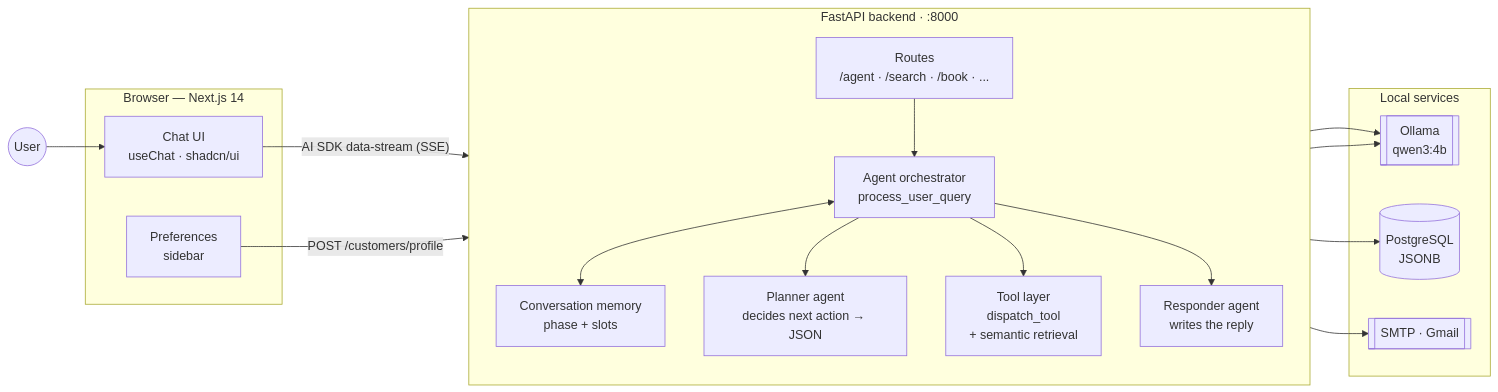
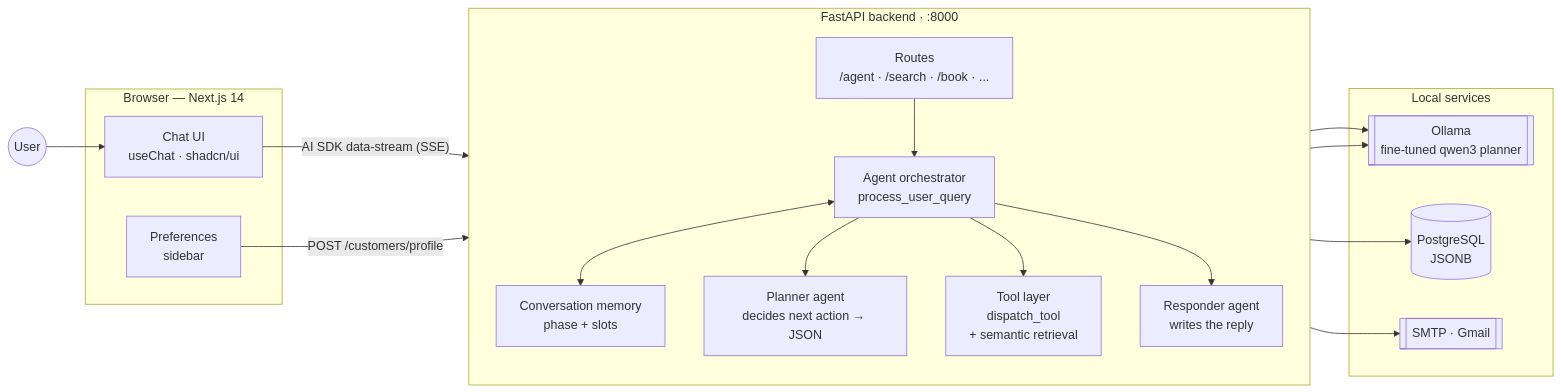
One commit to DreViz/GoodFood changed the first of 3 diagrams in README.md. Above: the diagram before and after it, drawn with Mermaid. The commit also changed other lines of this file, not shown here.

Commit message:
Update README for the fine-tuned planner (Phase 8)

````diff
--- a/README.md
+++ b/README.md
@@ -48,35 +49,35 @@
 ```mermaid
 flowchart LR
     User(("User"))
 
     subgraph Browser["Browser — Next.js 14"]
         UI["Chat UI<br/>useChat · shadcn/ui"]
         SB["Preferences<br/>sidebar"]
     end
 
     subgraph Backend["FastAPI backend · :8000"]
         direction TB
         RT["Routes<br/>/agent · /search · /book · ..."]
         ORCH["Agent orchestrator<br/>process_user_query"]
         MEM["Conversation memory<br/>phase + slots"]
         PLAN["Planner agent<br/>decides next action → JSON"]
         TOOLS["Tool layer<br/>dispatch_tool<br/>+ semantic retrieval"]
         RESP["Responder agent<br/>writes the reply"]
     end
 
     subgraph Services["Local services"]
-        OLLAMA[["Ollama<br/>qwen3:4b"]]
+        OLLAMA[["Ollama<br/>fine-tuned qwen3 planner"]]
         DB[("PostgreSQL<br/>JSONB")]
         MAIL[["SMTP · Gmail"]]
     end
 
     User --> UI
     UI -- "AI SDK data-stream (SSE)" --> RT
     SB -- "POST /customers/profile" --> RT
     RT --> ORCH
     ORCH <--> MEM
     ORCH --> PLAN --> OLLAMA
     ORCH --> TOOLS --> DB
     ORCH --> RESP --> OLLAMA
     TOOLS --> MAIL
 ```
````
